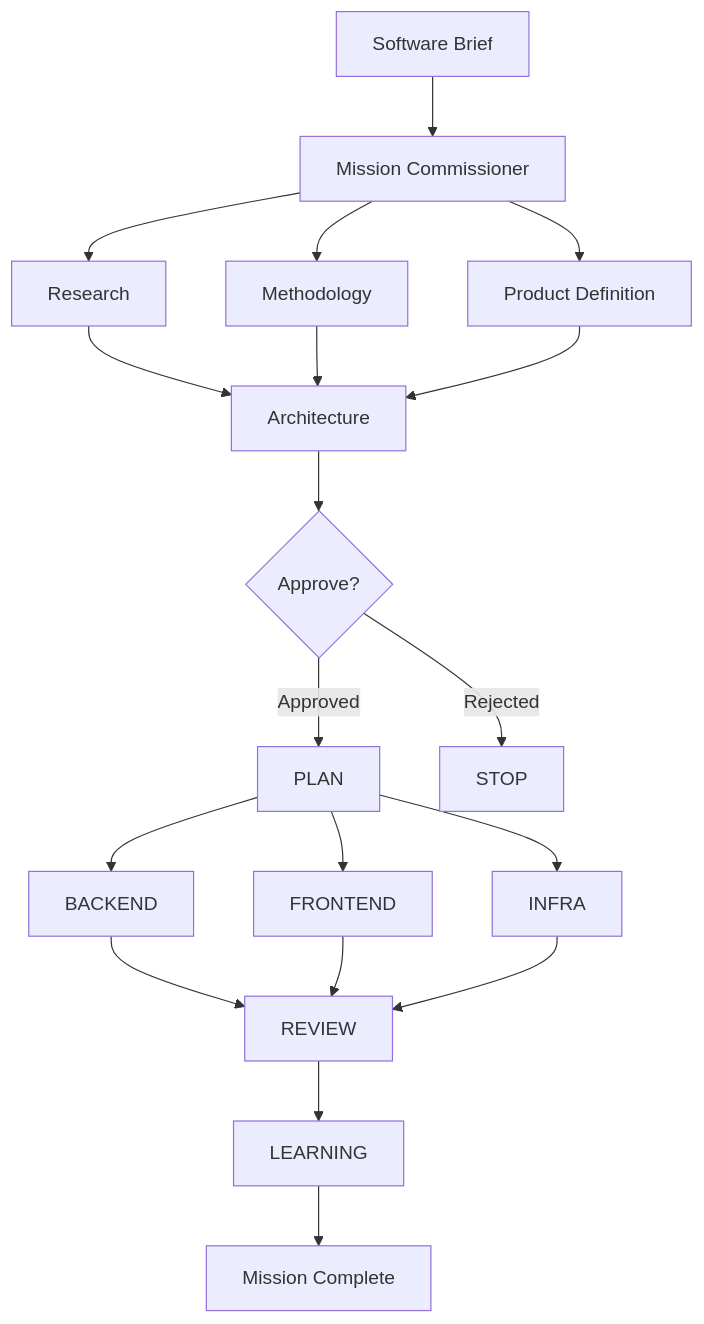
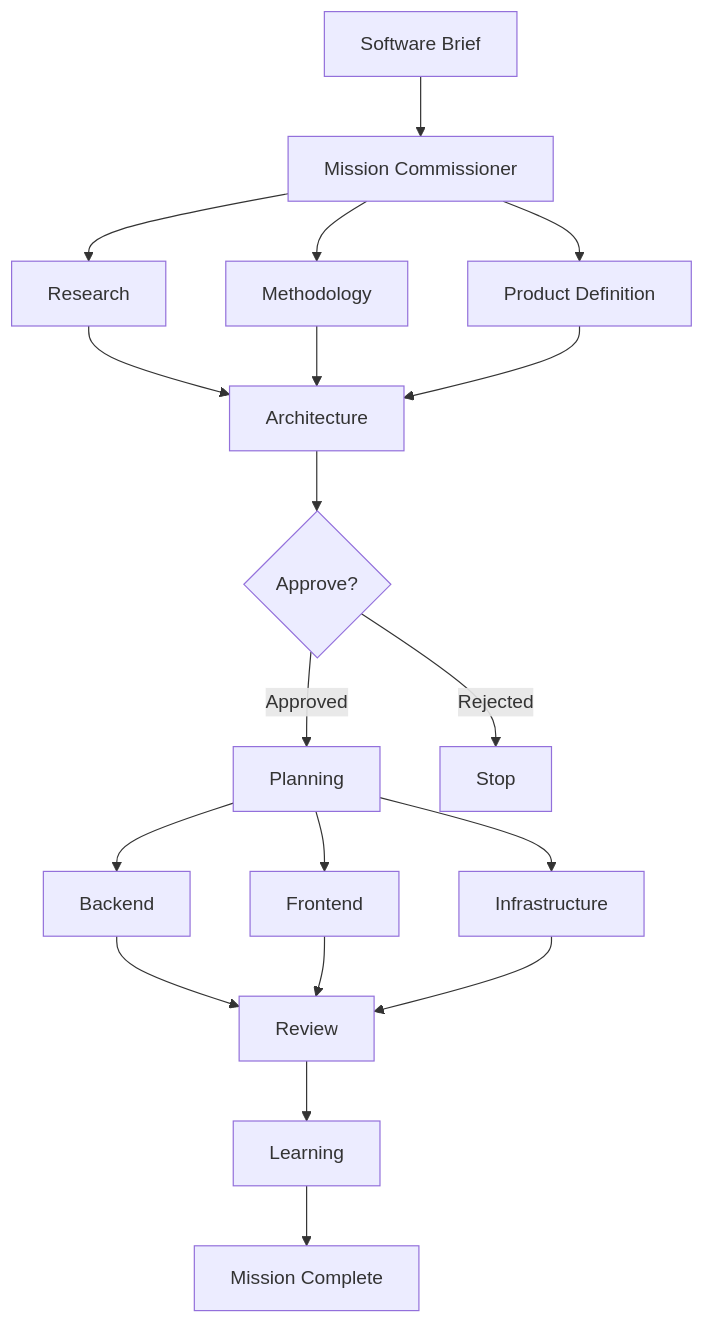
The first of 10 diagrams in README.md (SlipStream90/Cressida), drawn with Mermaid before and after one commit. The commit also changed other lines of this file, not shown here.

Commit message:
docs: fix Mermaid diagrams for GitHub rendering

````diff
--- a/README.md
+++ b/README.md
@@ -167,49 +131,21 @@
 ```mermaid
 flowchart TD
-
-A[Software Brief]
-
-A --> M
-
-M[Mission Commissioner]
-
-M --> R1[Research]
-
-M --> R2[Methodology]
-
-M --> PRD[Product Definition]
-
-R1 --> Q
-
-R2 --> Q
-
-PRD --> Q
-
-Q[Architecture]
-
-Q --> BOND
-
-BOND{Approve?}
-
-BOND -->|Approved| PLAN
-
-BOND -->|Rejected| STOP
-
-PLAN --> BACKEND
-
-PLAN --> FRONTEND
-
-PLAN --> INFRA
-
-BACKEND --> REVIEW
-
-FRONTEND --> REVIEW
-
-INFRA --> REVIEW
-
-REVIEW --> LEARNING
-
-LEARNING --> DONE
-
-DONE[Mission Complete]
+    A[Software Brief] --> M[Mission Commissioner]
+    M --> R1[Research]
+    M --> R2[Methodology]
+    M --> PRD[Product Definition]
+    R1 --> Q[Architecture]
+    R2 --> Q
+    PRD --> Q
+    Q --> BOND{Approve?}
+    BOND -->|Approved| PLAN[Planning]
+    BOND -->|Rejected| STOP[Stop]
+    PLAN --> BACKEND[Backend]
+    PLAN --> FRONTEND[Frontend]
+    PLAN --> INFRA[Infrastructure]
+    BACKEND --> REVIEW[Review]
+    FRONTEND --> REVIEW
+    INFRA --> REVIEW
+    REVIEW --> LEARNING[Learning]
+    LEARNING --> DONE[Mission Complete]
 ```
````
